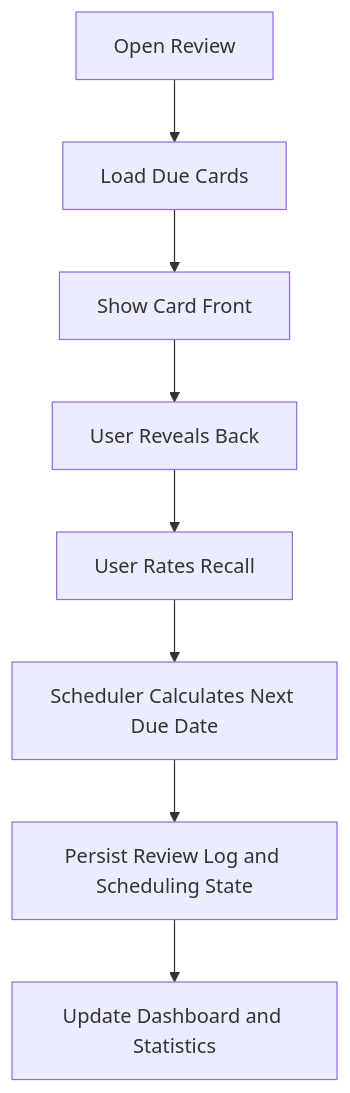
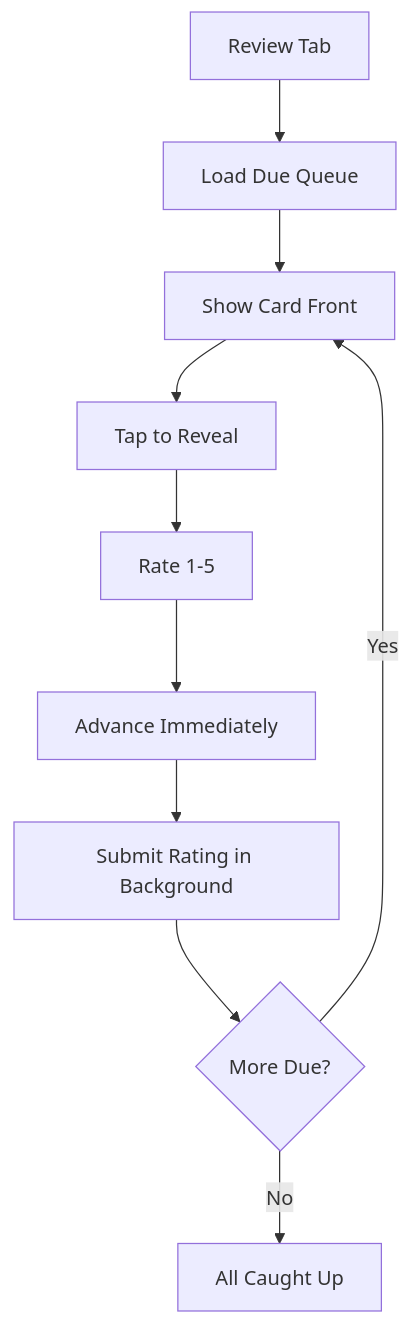
The second of 4 diagrams in revia/docs/application/technical-reference.md (pvnpll/revia), drawn with Mermaid before and after one commit. The commit also changed other lines of this file and 9 other files, not shown here.

````diff
--- a/revia/docs/application/technical-reference.md
+++ b/revia/docs/application/technical-reference.md
@@ -100,10 +112,12 @@
 ```mermaid
 flowchart TD
-  A[Open Review] --> B[Load Due Cards]
+  A[Review Tab] --> B[Load Due Queue]
   B --> C[Show Card Front]
-  C --> D[User Reveals Back]
-  D --> E[User Rates Recall]
-  E --> F[Scheduler Calculates Next Due Date]
-  F --> G[Persist Review Log and Scheduling State]
-  G --> H[Update Dashboard and Statistics]
+  C --> D[Tap to Reveal]
+  D --> E[Rate 1-5]
+  E --> F[Advance Immediately]
+  F --> G[Submit Rating in Background]
+  G --> H{More Due?}
+  H -->|Yes| C
+  H -->|No| I[All Caught Up]
 ```
````
